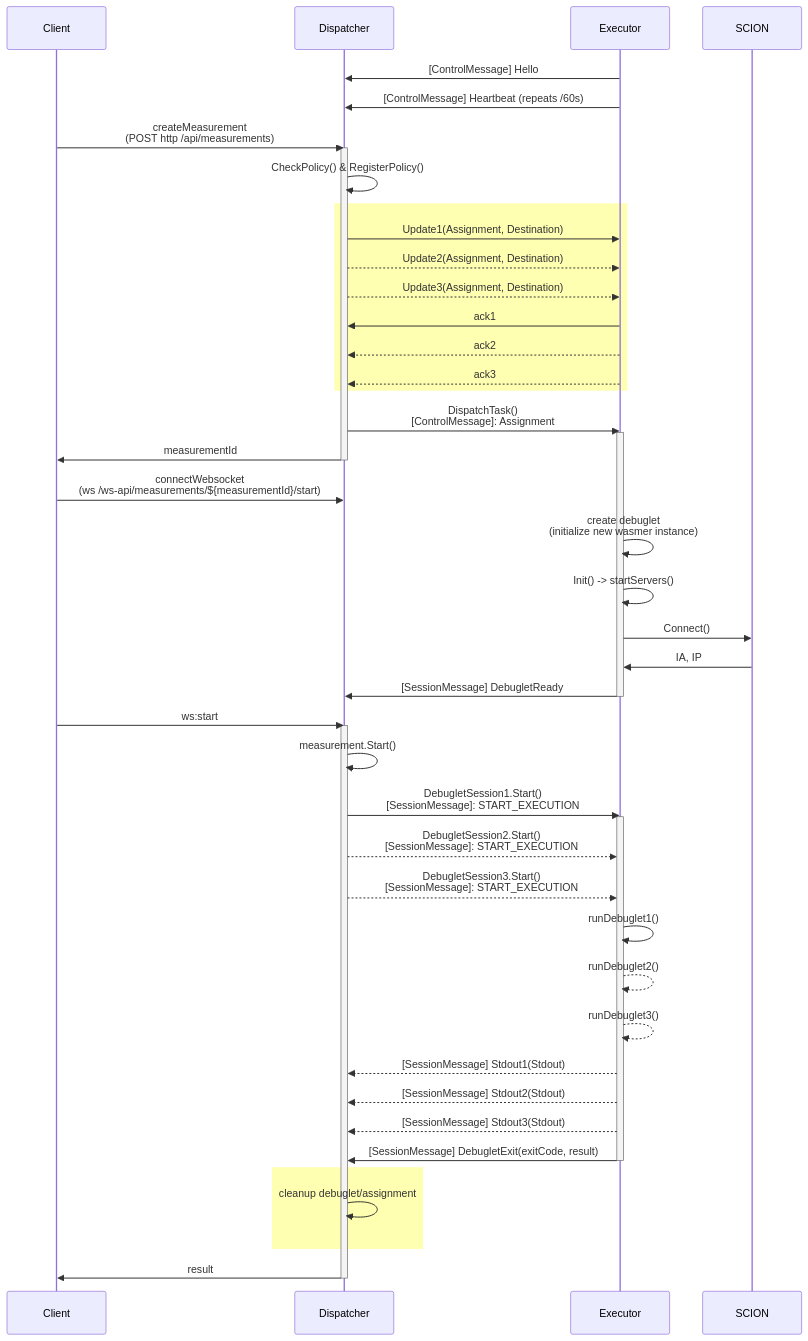
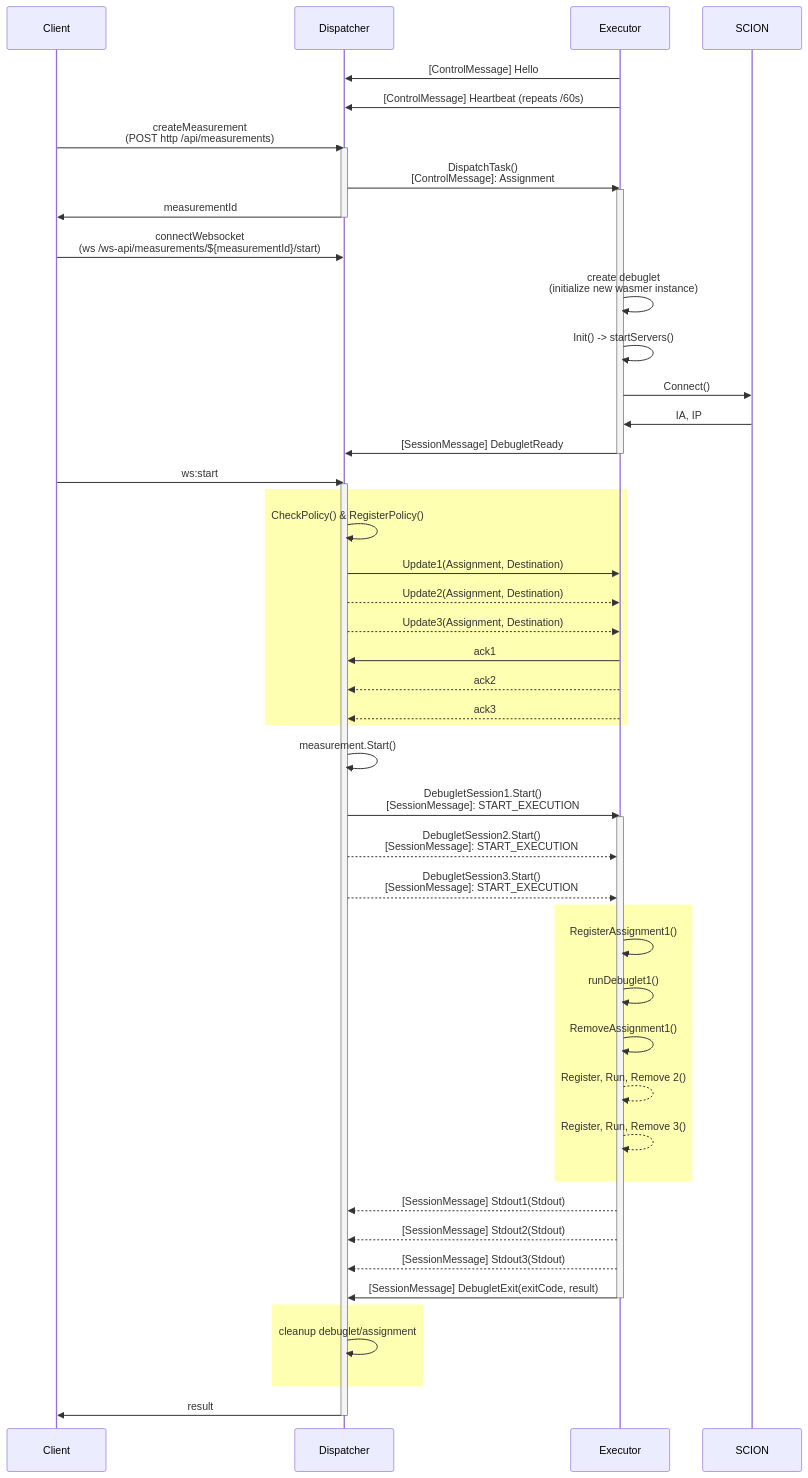
The diagram in README.md (netsec-ethz/debuglet), drawn with Mermaid before and after one commit.

Commit message:
docs: move policy checking/registering to ws:start

````diff
--- a/README.md
+++ b/README.md
@@ -64,64 +64,71 @@
 ```mermaid
 sequenceDiagram
     participant Client
     participant Dispatcher
     participant Executor
     participant SCION
 
     Executor->>Dispatcher: [ControlMessage] Hello
     Executor->>Dispatcher: [ControlMessage] Heartbeat (repeats /60s)
 
     Client->>Dispatcher: createMeasurement <br/> (POST http /api/measurements)
     activate Dispatcher
-    Dispatcher->>Dispatcher: CheckPolicy() & RegisterPolicy()
-
-    rect rgba(255, 255, 0, 0.3)
-    Dispatcher->>Executor: Update1(Assignment, Destination)
-    Dispatcher-->>Executor: Update2(Assignment, Destination)
-    Dispatcher-->>Executor: Update3(Assignment, Destination)
-    Executor->>Dispatcher: ack1
-    Executor-->>Dispatcher: ack2
-    Executor-->>Dispatcher: ack3
-    end
 
     Dispatcher->>Executor: DispatchTask() <br/> [ControlMessage]: Assignment
     activate Executor
     Dispatcher->>Client: measurementId
     deactivate Dispatcher
     Client->>Dispatcher: connectWebsocket <br/> (ws /ws-api/measurements/${measurementId}/start)
 
     Executor->>Executor: create debuglet <br/> (initialize new wasmer instance)
     Executor->>Executor: Init() -> startServers()
     Executor->>SCION: Connect()
     SCION->>Executor: IA, IP
     Executor->>Dispatcher: [SessionMessage] DebugletReady
     deactivate Executor
 
 
     Client->>Dispatcher: ws:start
     activate Dispatcher
+
+    rect rgba(255, 255, 0, 0.3)
+    Dispatcher->>Dispatcher: CheckPolicy() & RegisterPolicy()
+
+    Dispatcher->>Executor: Update1(Assignment, Destination)
+    Dispatcher-->>Executor: Update2(Assignment, Destination)
+    Dispatcher-->>Executor: Update3(Assignment, Destination)
+    Executor->>Dispatcher: ack1
+    Executor-->>Dispatcher: ack2
+    Executor-->>Dispatcher: ack3
+    end
+
     Dispatcher->>Dispatcher: measurement.Start()
 
     Dispatcher->>Executor: DebugletSession1.Start() <br/> [SessionMessage]: START_EXECUTION
     activate Executor
     Dispatcher-->>Executor: DebugletSession2.Start() <br/> [SessionMessage]: START_EXECUTION
     Dispatcher-->>Executor: DebugletSession3.Start() <br/> [SessionMessage]: START_EXECUTION
 
+    rect rgba(255, 255, 0, 0.3)
+    Executor->>Executor: RegisterAssignment1()
     Executor->>Executor: runDebuglet1()
-    Executor-->>Executor: runDebuglet2()
-    Executor-->>Executor: runDebuglet3()
+    Executor->>Executor: RemoveAssignment1()
+
+    Executor-->>Executor: Register, Run, Remove 2()
+    Executor-->>Executor: Register, Run, Remove 3()
+    end
 
     Executor-->>Dispatcher: [SessionMessage] Stdout1(Stdout)
     Executor-->>Dispatcher: [SessionMessage] Stdout2(Stdout)
     Executor-->>Dispatcher: [SessionMessage] Stdout3(Stdout)
 
     Executor->>Dispatcher: [SessionMessage] DebugletExit(exitCode, result)
     deactivate Executor
 
     rect rgba(255, 255, 0, 0.3)
     Dispatcher->>Dispatcher: cleanup debuglet/assignment
     end
 
     Dispatcher->>Client: result
     deactivate Dispatcher
 ```
````
